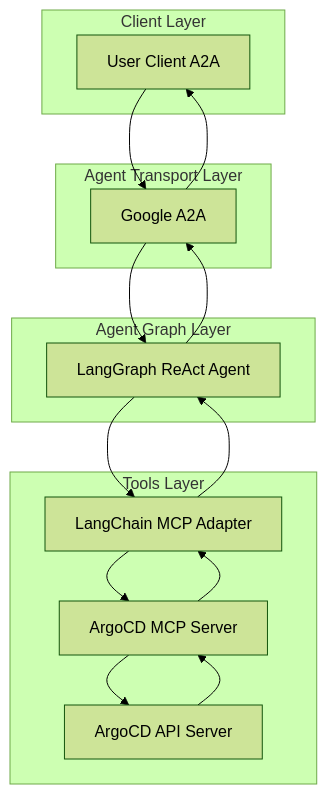
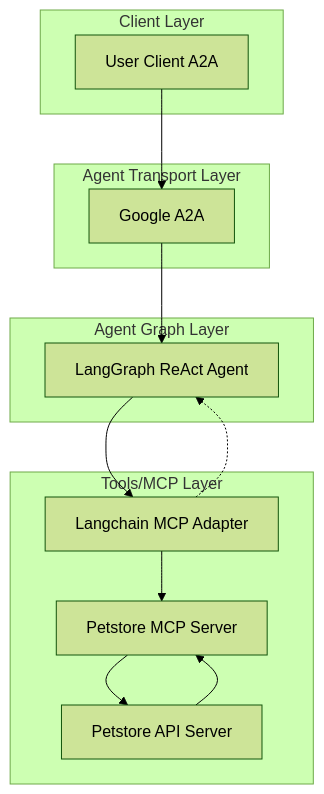
Before and after one commit to tensai828/ai-driven-platform-operations: the diagram in ai_platform_engineering/agents/template/README.md, drawn with Mermaid (forest theme). The commit also changed other lines of this file, not shown here.

````diff
--- a/ai_platform_engineering/agents/template/README.md
+++ b/ai_platform_engineering/agents/template/README.md
@@ -65,20 +90,25 @@
 ```mermaid
 flowchart TD
   subgraph Client Layer
     A[User Client A2A]
   end
+
   subgraph Agent Transport Layer
     B[Google A2A]
   end
+
   subgraph Agent Graph Layer
     C[LangGraph ReAct Agent]
   end
-  subgraph Tools Layer
-    D[LangChain MCP Adapter]
-    E[ArgoCD MCP Server]
-    F[ArgoCD API Server]
+
+  subgraph Tools/MCP Layer
+    D[Langchain MCP Adapter]
+    E[Petstore MCP Server]
+    F[Petstore API Server]
   end
 
-  A --> B --> C --> D --> E --> F
-  F --> E --> D --> C --> B --> A
+  A --> B --> C
+  C --> D
+  D -.-> C
+  D --> E --> F --> E
 ```
````
